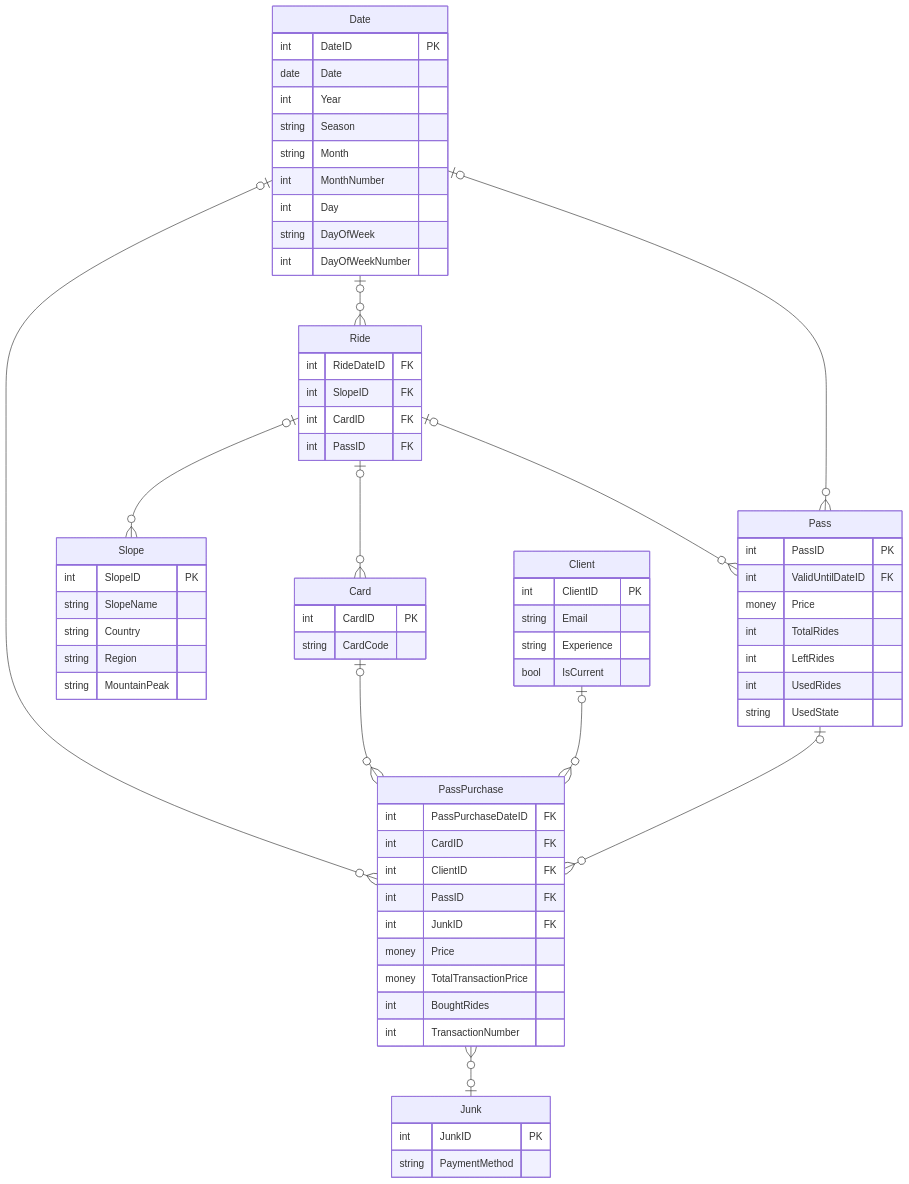
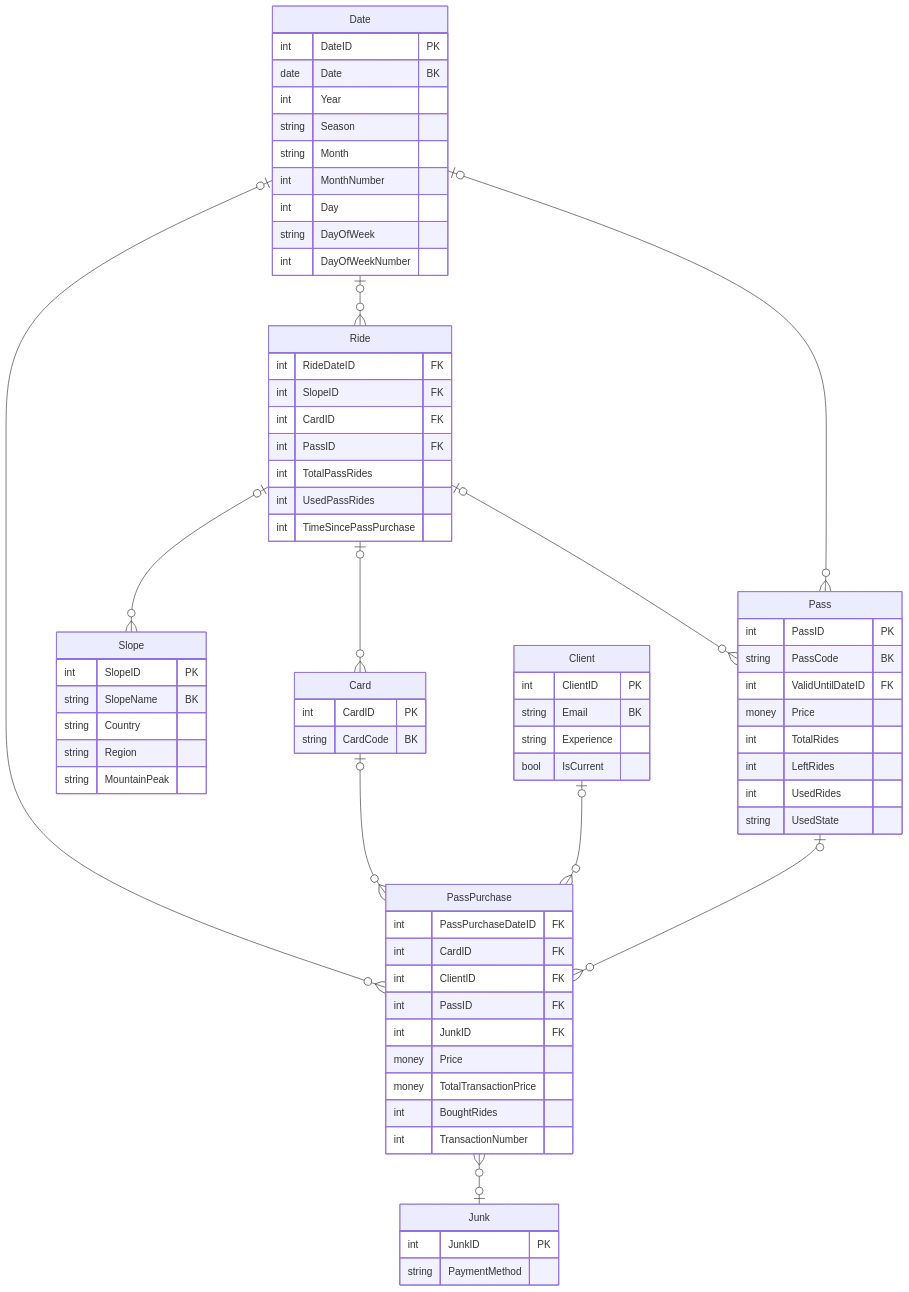
The diagram in docs/data-warehouse-design/schema.mmd (Nasus20202/hurtownie-danych), drawn with Mermaid before and after one commit. The commit also changed 3 other files, not shown here.

```diff
--- a/docs/data-warehouse-design/schema.mmd
+++ b/docs/data-warehouse-design/schema.mmd
@@ -1,77 +1,81 @@
 erDiagram
     Date |o--o{ Ride : ""
     Ride |o--o{ Pass : ""
     Ride |o--o{ Slope : ""
     Ride |o--o{ Card : ""
     Date |o--o{ PassPurchase : ""
     Card |o--o{ PassPurchase : ""
     Client |o--o{ PassPurchase : ""
     Date |o--o{ Pass : ""
     Pass |o--o{ PassPurchase : ""
     PassPurchase }o--o| Junk : ""
 
 Client {
-    int ClientID PK
-    string Email
+    int ClientID "PK"
+    string Email "BK"
     string Experience
     bool IsCurrent
 }
 
 Card {
-    int CardID PK
-    string CardCode
+    int CardID "PK"
+    string CardCode "BK"
 }
 
 Date {
-    int DateID PK
-    date Date
+    int DateID "PK"
+    date Date "BK"
     int Year
     string Season
     string Month
     int MonthNumber
     int Day
     string DayOfWeek
     int DayOfWeekNumber
 }
 
 Junk {
-    int JunkID PK
+    int JunkID "PK"
     string PaymentMethod
 }
 
 Pass {
-    int PassID PK
-    int ValidUntilDateID FK
+    int PassID "PK"
+    string PassCode "BK"
+    int ValidUntilDateID "FK"
     money Price
     int TotalRides
     int LeftRides
     int UsedRides
     string UsedState
 }
 
 PassPurchase {
-    int PassPurchaseDateID FK
-    int CardID FK
-    int ClientID FK
-    int PassID FK
-    int JunkID FK
+    int PassPurchaseDateID "FK"
+    int CardID "FK"
+    int ClientID "FK"
+    int PassID "FK"
+    int JunkID "FK"
     money Price
     money TotalTransactionPrice
     int BoughtRides
     int TransactionNumber
 }
 
 Ride {
-    int RideDateID FK
-    int SlopeID FK
-    int CardID FK
-    int PassID FK
+    int RideDateID "FK"
+    int SlopeID "FK"
+    int CardID "FK"
+    int PassID "FK"
+    int TotalPassRides
+    int UsedPassRides
+    int TimeSincePassPurchase
 }
 
 Slope {
-    int SlopeID PK
-    string SlopeName
+    int SlopeID "PK"
+    string SlopeName "BK"
     string Country
     string Region
     string MountainPeak
 }
```
